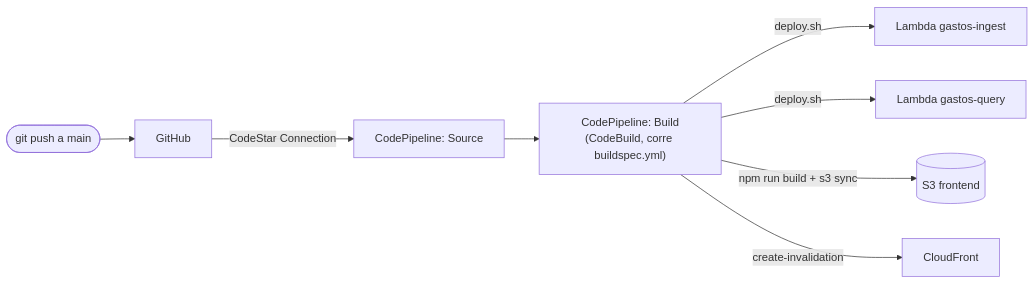
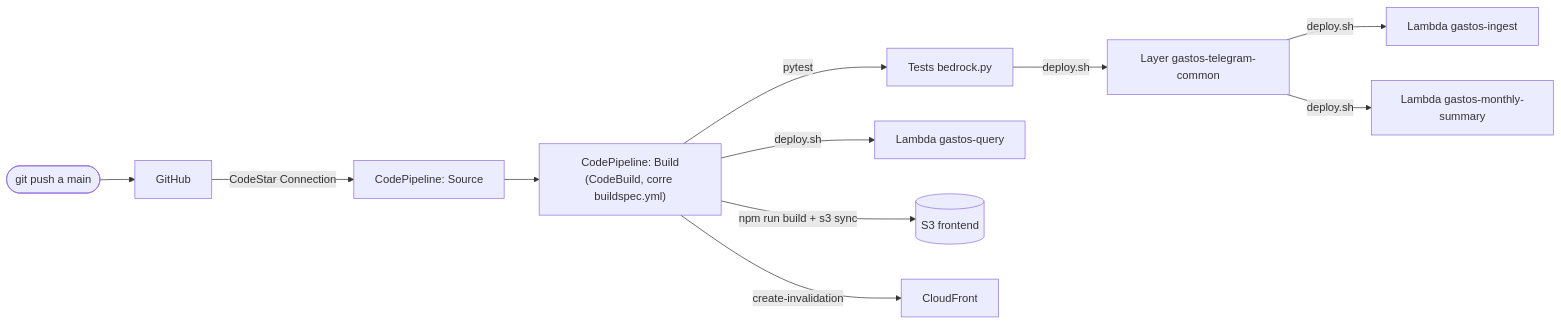
Before and after one commit to waegarcia/gastos-bot: the fifth of 5 diagrams in README.md, drawn with Mermaid. The commit also changed other lines of this file, not shown here.

````diff
--- a/README.md
+++ b/README.md
@@ -328,10 +412,13 @@
 ```mermaid
 flowchart LR
     DEV(["git push a main"]) --> GH["GitHub"]
     GH -->|"CodeStar Connection"| SRC["CodePipeline: Source"]
     SRC --> BUILD["CodePipeline: Build\n(CodeBuild, corre buildspec.yml)"]
-    BUILD -->|"deploy.sh"| ING["Lambda gastos-ingest"]
+    BUILD -->|"pytest"| TST["Tests bedrock.py"]
+    TST -->|"deploy.sh"| LYR["Layer gastos-telegram-common"]
+    LYR -->|"deploy.sh"| ING["Lambda gastos-ingest"]
+    LYR -->|"deploy.sh"| SUM["Lambda gastos-monthly-summary"]
     BUILD -->|"deploy.sh"| QRY["Lambda gastos-query"]
     BUILD -->|"npm run build + s3 sync"| S3F[("S3 frontend")]
     BUILD -->|"create-invalidation"| CF["CloudFront"]
 ```
````
